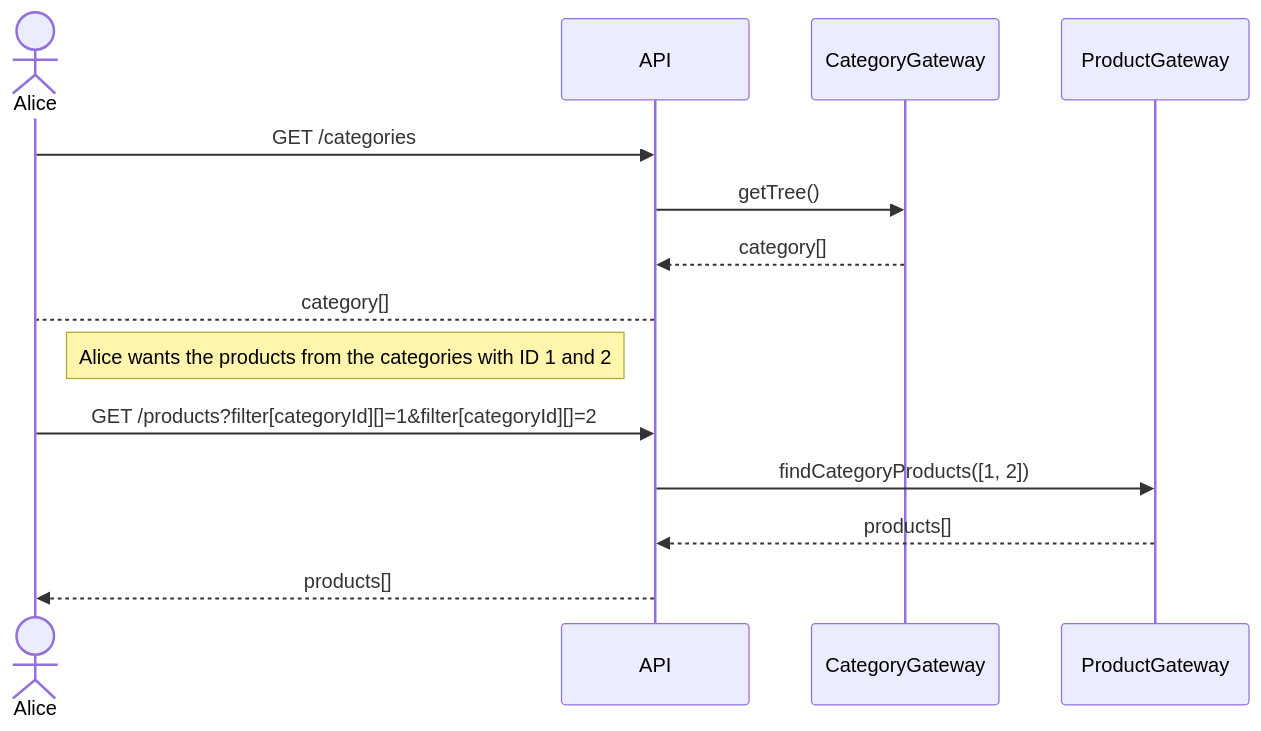
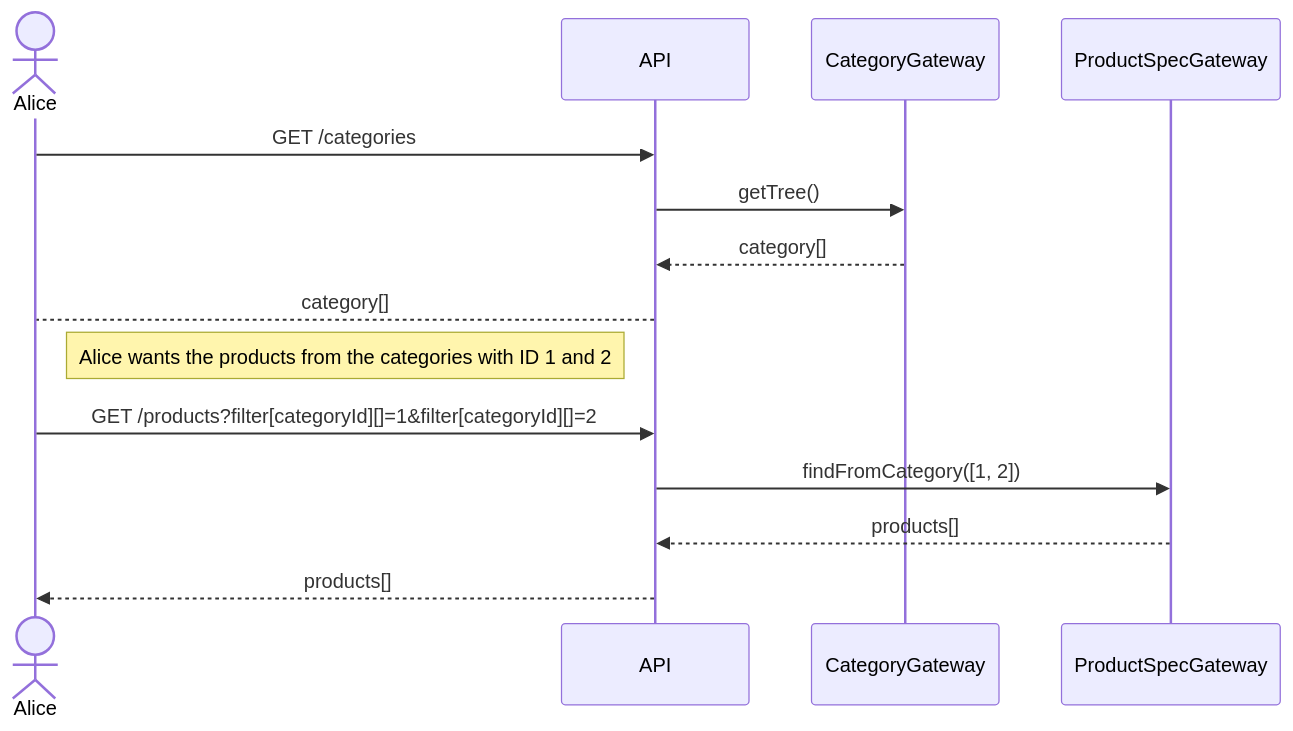
One commit to hivetown/planning changed the first of 32 diagrams in sequence.md. Above: the diagram before and after it, drawn with Mermaid. The commit also changed other lines of this file, not shown here.

````diff
--- a/sequence.md
+++ b/sequence.md
@@ -96,18 +96,18 @@
 ```mermaid
 sequenceDiagram
     actor A as Alice
     participant API
     participant CG as CategoryGateway
-    participant PG as ProductGateway
+    participant PSG as ProductSpecGateway
 
     A ->> API: GET /categories
     API ->> CG : getTree()
     CG -->> API: category[]
     API --> A: category[]
 
     Note right of A: Alice wants the products from the categories with ID 1 and 2
     A ->> API: GET /products?filter[categoryId][]=1&filter[categoryId][]=2
-    API ->> PG: findCategoryProducts([1, 2])
-    PG -->> API: products[]
+    API ->> PSG: findFromCategory([1, 2])
+    PSG -->> API: products[]
     API -->> A: products[]
 ```
````
